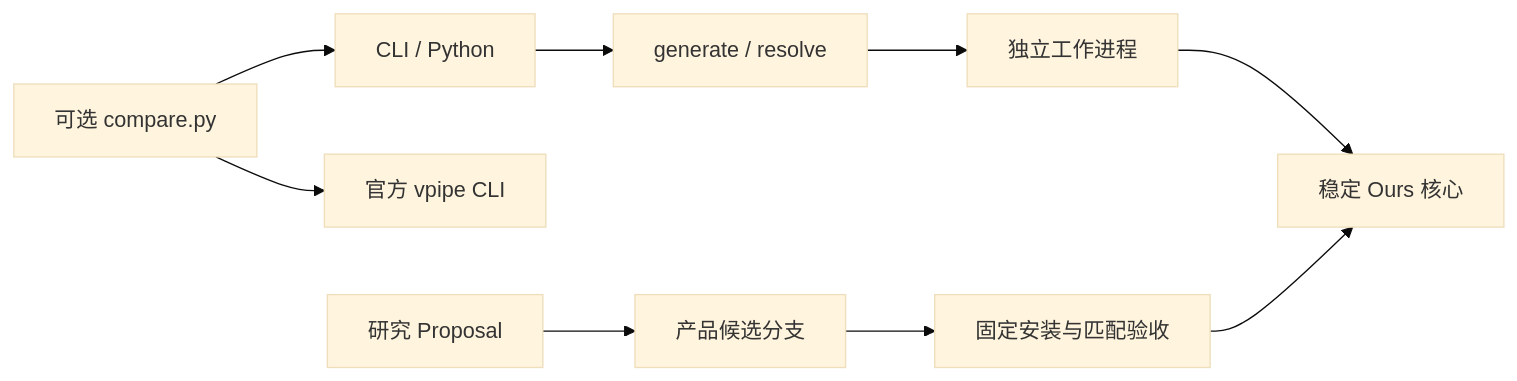
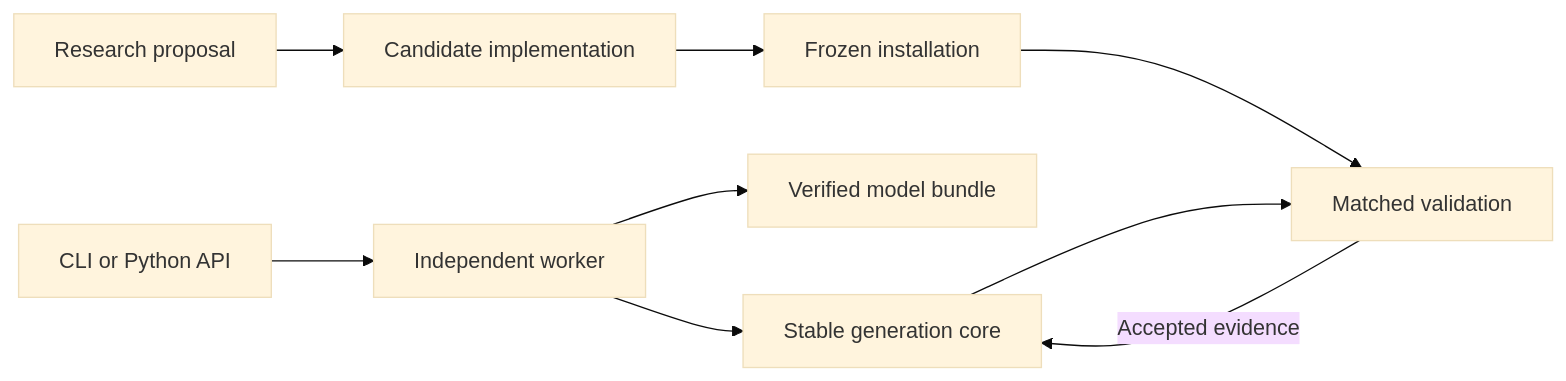
The diagram in docs/architecture.md (RhinoQ/h3-apple), drawn with Mermaid (base theme) before and after one commit. The commit also changed other lines of this file and 37 other files, not shown here.

````diff
--- a/docs/architecture.md
+++ b/docs/architecture.md
@@ -6,11 +8,11 @@
 ```mermaid
 flowchart LR
-  User[CLI / Python] --> API[generate / resolve]
-  API --> Worker[独立工作进程]
-  Worker --> Core[稳定 Ours 核心]
-  Compare[可选 compare.py] --> User
-  Compare --> VPipe[官方 vpipe CLI]
-  Research[研究 Proposal] --> Candidate[产品候选分支]
-  Candidate --> Evidence[固定安装与匹配验收]
-  Evidence --> Core
+    U[CLI or Python API] --> W[Independent worker]
+    W --> C[Stable generation core]
+    W --> M[Verified model bundle]
+    R[Research proposal] --> P[Candidate implementation]
+    P --> F[Frozen installation]
+    F --> V[Matched validation]
+    C --> V
+    V -->|Accepted evidence| C
 ```
````
